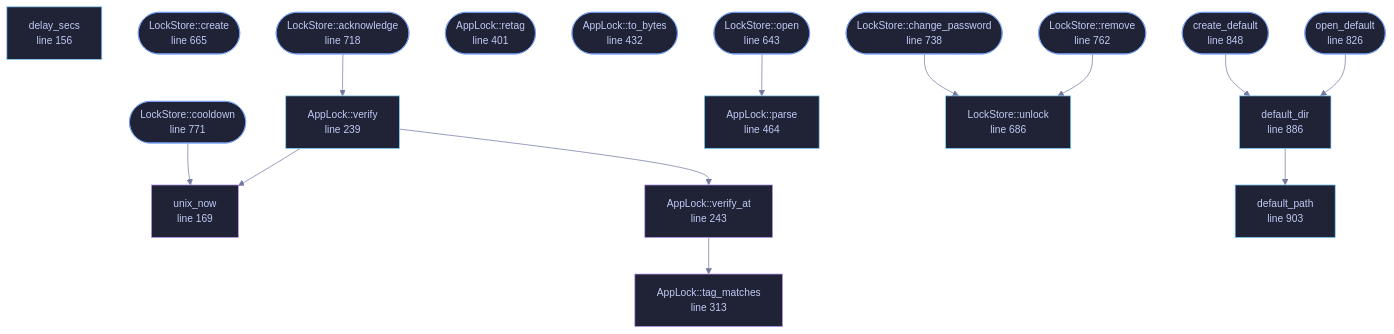
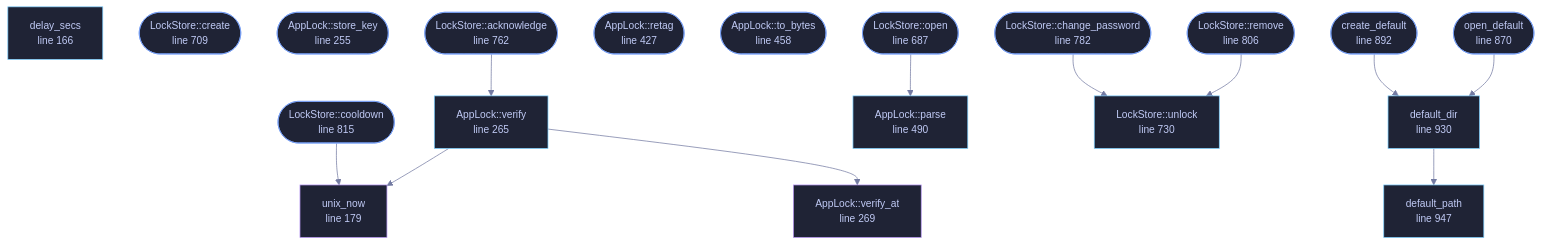
The diagram in docs/files/veilvoice-crypto/lock.md (tilas01/veilvoice), drawn with Mermaid before and after one commit. The commit also changed other lines of this file and 82 other files, not shown here.

First line of the commit message:
verify: fold the verifier into veilvoice, and drop the third binary

````diff
--- a/docs/files/veilvoice-crypto/lock.md
+++ b/docs/files/veilvoice-crypto/lock.md
@@ -200,65 +202,64 @@
 ```mermaid
 %%{init: {"theme":"base","themeVariables":{"background":"#1a1b26","primaryColor":"#1f2335","primaryTextColor":"#c0caf5","primaryBorderColor":"#7aa2f7","secondaryColor":"#16161e","tertiaryColor":"#16161e","lineColor":"#737aa2","textColor":"#c0caf5","mainBkg":"#1f2335","nodeBorder":"#7aa2f7","clusterBkg":"#16161e","clusterBorder":"#2f3549","fontFamily":"ui-monospace, SFMono-Regular, Consolas, monospace","fontSize":"14px"}}}%%
 flowchart TD
-    n_delay_secs["delay_secs<br/>line 156"]
-    n_unix_now["unix_now<br/>line 169"]
-    n_create(["AppLock::create<br/>line 213"])
-    n_verify["AppLock::verify<br/>line 239"]
-    n_verify_at["AppLock::verify_at<br/>line 243"]
-    n_acknowledge(["AppLock::acknowledge<br/>line 301"])
-    n_tag_matches["AppLock::tag_matches<br/>line 313"]
-    n_cooldown(["AppLock::cooldown<br/>line 341"])
-    n_retag(["AppLock::retag<br/>line 401"])
-    n_to_bytes(["AppLock::to_bytes<br/>line 432"])
-    n_parse["AppLock::parse<br/>line 464"]
-    n_open(["LockStore::open<br/>line 643"])
-    n_create(["LockStore::create<br/>line 665"])
-    n_unlock["LockStore::unlock<br/>line 686"]
-    n_acknowledge(["LockStore::acknowledge<br/>line 718"])
-    n_change_password(["LockStore::change_password<br/>line 738"])
-    n_remove(["LockStore::remove<br/>line 762"])
-    n_cooldown(["LockStore::cooldown<br/>line 771"])
-    n_open_default(["open_default<br/>line 826"])
-    n_create_default(["create_default<br/>line 848"])
-    n_default_dir["default_dir<br/>line 886"]
-    n_default_path["default_path<br/>line 903"]
+    n_delay_secs["delay_secs<br/>line 166"]
+    n_unix_now["unix_now<br/>line 179"]
+    n_create(["AppLock::create<br/>line 223"])
+    n_store_key(["AppLock::store_key<br/>line 255"])
+    n_verify["AppLock::verify<br/>line 265"]
+    n_verify_at["AppLock::verify_at<br/>line 269"]
+    n_acknowledge(["AppLock::acknowledge<br/>line 327"])
+    n_cooldown(["AppLock::cooldown<br/>line 367"])
+    n_retag(["AppLock::retag<br/>line 427"])
+    n_to_bytes(["AppLock::to_bytes<br/>line 458"])
+    n_parse["AppLock::parse<br/>line 490"]
+    n_open(["LockStore::open<br/>line 687"])
+    n_create(["LockStore::create<br/>line 709"])
+    n_unlock["LockStore::unlock<br/>line 730"]
+    n_acknowledge(["LockStore::acknowledge<br/>line 762"])
+    n_change_password(["LockStore::change_password<br/>line 782"])
+    n_remove(["LockStore::remove<br/>line 806"])
+    n_cooldown(["LockStore::cooldown<br/>line 815"])
+    n_open_default(["open_default<br/>line 870"])
+    n_create_default(["create_default<br/>line 892"])
+    n_default_dir["default_dir<br/>line 930"]
+    n_default_path["default_path<br/>line 947"]
     n_acknowledge --> n_verify
     n_change_password --> n_unlock
     n_cooldown --> n_unix_now
     n_create_default --> n_default_dir
     n_default_dir --> n_default_path
     n_open --> n_parse
     n_open_default --> n_default_dir
     n_remove --> n_unlock
     n_verify --> n_unix_now
     n_verify --> n_verify_at
-    n_verify_at --> n_tag_matches
-    click n_delay_secs href "https://github.com/tilas01/veilvoice/blob/main/crates/veilvoice-crypto/src/lock.rs#L156" "open the source"
-    click n_unix_now href "https://github.com/tilas01/veilvoice/blob/main/crates/veilvoice-crypto/src/lock.rs#L169" "open the source"
-    click n_create href "https://github.com/tilas01/veilvoice/blob/main/crates/veilvoice-crypto/src/lock.rs#L213" "open the source"
-    click n_verify href "https://github.com/tilas01/veilvoice/blob/main/crates/veilvoice-crypto/src/lock.rs#L239" "open the source"
-    click n_verify_at href "https://github.com/tilas01/veilvoice/blob/main/crates/veilvoice-crypto/src/lock.rs#L243" "open the source"
-    click n_acknowledge href "https://github.com/tilas01/veilvoice/blob/main/crates/veilvoice-crypto/src/lock.rs#L301" "open the source"
-    click n_tag_matches href "https://github.com/tilas01/veilvoice/blob/main/crates/veilvoice-crypto/src/lock.rs#L313" "open the source"
-    click n_cooldown href "https://github.com/tilas01/veilvoice/blob/main/crates/veilvoice-crypto/src/lock.rs#L341" "open the source"
-    click n_retag href "https://github.com/tilas01/veilvoice/blob/main/crates/veilvoice-crypto/src/lock.rs#L401" "open the source"
-    click n_to_bytes href "https://github.com/tilas01/veilvoice/blob/main/crates/veilvoice-crypto/src/lock.rs#L432" "open the source"
-    click n_parse href "https://github.com/tilas01/veilvoice/blob/main/crates/veilvoice-crypto/src/lock.rs#L464" "open the source"
-    click n_open href "https://github.com/tilas01/veilvoice/blob/main/crates/veilvoice-crypto/src/lock.rs#L643" "open the source"
-    click n_create href "https://github.com/tilas01/veilvoice/blob/main/crates/veilvoice-crypto/src/lock.rs#L665" "open the source"
-    click n_unlock href "https://github.com/tilas01/veilvoice/blob/main/crates/veilvoice-crypto/src/lock.rs#L686" "open the source"
-    click n_acknowledge href "https://github.com/tilas01/veilvoice/blob/main/crates/veilvoice-crypto/src/lock.rs#L718" "open the source"
-    click n_change_password href "https://github.com/tilas01/veilvoice/blob/main/crates/veilvoice-crypto/src/lock.rs#L738" "open the source"
-    click n_remove href "https://github.com/tilas01/veilvoice/blob/main/crates/veilvoice-crypto/src/lock.rs#L762" "open the source"
-    click n_cooldown href "https://github.com/tilas01/veilvoice/blob/main/crates/veilvoice-crypto/src/lock.rs#L771" "open the source"
-    click n_open_default href "https://github.com/tilas01/veilvoice/blob/main/crates/veilvoice-crypto/src/lock.rs#L826" "open the source"
-    click n_create_default href "https://github.com/tilas01/veilvoice/blob/main/crates/veilvoice-crypto/src/lock.rs#L848" "open the source"
-    click n_default_dir href "https://github.com/tilas01/veilvoice/blob/main/crates/veilvoice-crypto/src/lock.rs#L886" "open the source"
-    click n_default_path href "https://github.com/tilas01/veilvoice/blob/main/crates/veilvoice-crypto/src/lock.rs#L903" "open the source"
+    click n_delay_secs href "https://github.com/tilas01/veilvoice/blob/main/crates/veilvoice-crypto/src/lock.rs#L166" "open the source"
+    click n_unix_now href "https://github.com/tilas01/veilvoice/blob/main/crates/veilvoice-crypto/src/lock.rs#L179" "open the source"
+    click n_create href "https://github.com/tilas01/veilvoice/blob/main/crates/veilvoice-crypto/src/lock.rs#L223" "open the source"
+    click n_store_key href "https://github.com/tilas01/veilvoice/blob/main/crates/veilvoice-crypto/src/lock.rs#L255" "open the source"
+    click n_verify href "https://github.com/tilas01/veilvoice/blob/main/crates/veilvoice-crypto/src/lock.rs#L265" "open the source"
+    click n_verify_at href "https://github.com/tilas01/veilvoice/blob/main/crates/veilvoice-crypto/src/lock.rs#L269" "open the source"
+    click n_acknowledge href "https://github.com/tilas01/veilvoice/blob/main/crates/veilvoice-crypto/src/lock.rs#L327" "open the source"
+    click n_cooldown href "https://github.com/tilas01/veilvoice/blob/main/crates/veilvoice-crypto/src/lock.rs#L367" "open the source"
+    click n_retag href "https://github.com/tilas01/veilvoice/blob/main/crates/veilvoice-crypto/src/lock.rs#L427" "open the source"
+    click n_to_bytes href "https://github.com/tilas01/veilvoice/blob/main/crates/veilvoice-crypto/src/lock.rs#L458" "open the source"
+    click n_parse href "https://github.com/tilas01/veilvoice/blob/main/crates/veilvoice-crypto/src/lock.rs#L490" "open the source"
+    click n_open href "https://github.com/tilas01/veilvoice/blob/main/crates/veilvoice-crypto/src/lock.rs#L687" "open the source"
+    click n_create href "https://github.com/tilas01/veilvoice/blob/main/crates/veilvoice-crypto/src/lock.rs#L709" "open the source"
+    click n_unlock href "https://github.com/tilas01/veilvoice/blob/main/crates/veilvoice-crypto/src/lock.rs#L730" "open the source"
+    click n_acknowledge href "https://github.com/tilas01/veilvoice/blob/main/crates/veilvoice-crypto/src/lock.rs#L762" "open the source"
+    click n_change_password href "https://github.com/tilas01/veilvoice/blob/main/crates/veilvoice-crypto/src/lock.rs#L782" "open the source"
+    click n_remove href "https://github.com/tilas01/veilvoice/blob/main/crates/veilvoice-crypto/src/lock.rs#L806" "open the source"
+    click n_cooldown href "https://github.com/tilas01/veilvoice/blob/main/crates/veilvoice-crypto/src/lock.rs#L815" "open the source"
+    click n_open_default href "https://github.com/tilas01/veilvoice/blob/main/crates/veilvoice-crypto/src/lock.rs#L870" "open the source"
+    click n_create_default href "https://github.com/tilas01/veilvoice/blob/main/crates/veilvoice-crypto/src/lock.rs#L892" "open the source"
+    click n_default_dir href "https://github.com/tilas01/veilvoice/blob/main/crates/veilvoice-crypto/src/lock.rs#L930" "open the source"
+    click n_default_path href "https://github.com/tilas01/veilvoice/blob/main/crates/veilvoice-crypto/src/lock.rs#L947" "open the source"
     classDef entry fill:#1f2335,stroke:#7aa2f7,color:#c0caf5
-    class n_create,n_acknowledge,n_cooldown,n_retag,n_to_bytes,n_open,n_create,n_acknowledge,n_change_password,n_remove,n_cooldown,n_open_default,n_create_default entry
+    class n_create,n_store_key,n_acknowledge,n_cooldown,n_retag,n_to_bytes,n_open,n_create,n_acknowledge,n_change_password,n_remove,n_cooldown,n_open_default,n_create_default entry
     classDef api fill:#1f2335,stroke:#7dcfff,color:#c0caf5
     class n_delay_secs,n_verify,n_parse,n_unlock,n_default_dir,n_default_path api
     classDef helper fill:#1f2335,stroke:#bb9af7,color:#c0caf5
-    class n_unix_now,n_verify_at,n_tag_matches helper
+    class n_unix_now,n_verify_at helper
 ```
````
